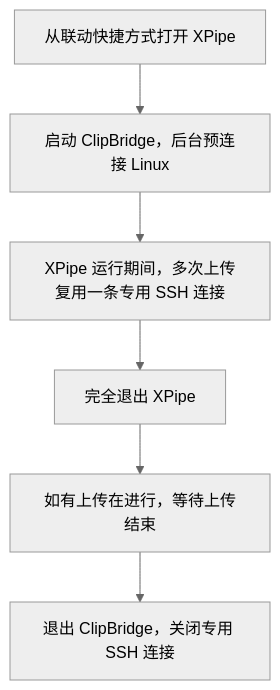
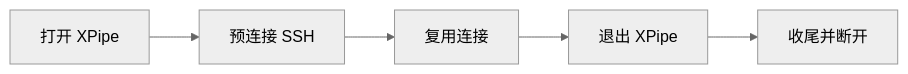
The second of 2 diagrams in README.zh.md (NewbieToEverything/clip-win-linux), drawn with Mermaid (neutral theme) before and after one commit. The commit also changed other lines of this file and 1 other file, not shown here.

Commit message:
Simplify README flowchart labels

````diff
--- a/README.zh.md
+++ b/README.zh.md
@@ -23,8 +23,7 @@
 ```mermaid
-flowchart TD
-    A["从联动快捷方式打开 XPipe"] --> B["启动 ClipBridge，后台预连接 Linux"]
-    B --> C["XPipe 运行期间，多次上传复用一条专用 SSH 连接"]
-    C --> D["完全退出 XPipe"]
-    D --> E["如有上传在进行，等待上传结束"]
-    E --> F["退出 ClipBridge，关闭专用 SSH 连接"]
+flowchart LR
+    A["打开 XPipe"] --> B["预连接 SSH"]
+    B --> C["复用连接"]
+    C --> D["退出 XPipe"]
+    D --> E["收尾并断开"]
 ```
````
